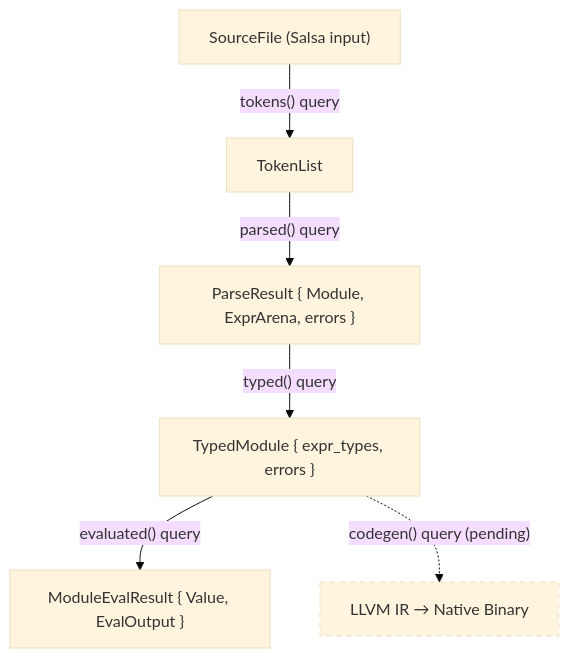
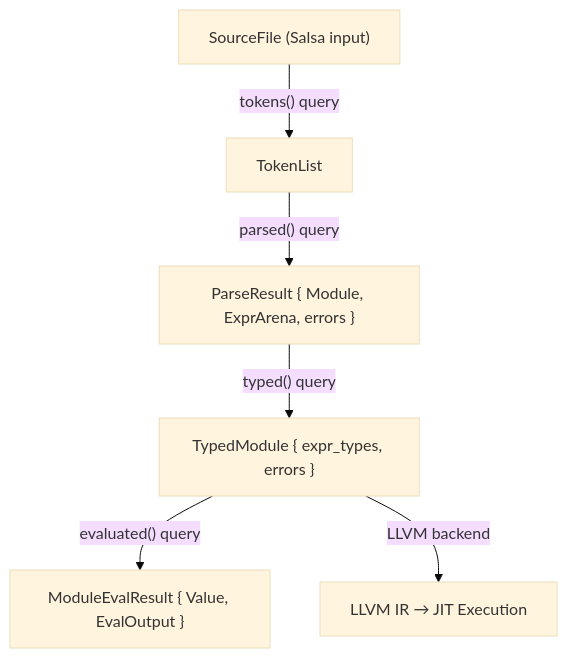
One commit to upstat-io/ori-lang changed the diagram in docs/compiler/design/index.md. Above: the diagram before and after it, drawn with Mermaid (base theme). The commit also changed other lines of this file and 80 other files, not shown here.

First line of the commit message:
Add runtime and type conversion tests, implement backend traits, and set up LLVM Docker environment

````diff
--- a/docs/compiler/design/index.md
+++ b/docs/compiler/design/index.md
@@ -60,9 +60,8 @@
 ```mermaid
 flowchart TB
     A["SourceFile (Salsa input)"] -->|"tokens() query"| B["TokenList"]
     B -->|"parsed() query"| C["ParseResult { Module, ExprArena, errors }"]
     C -->|"typed() query"| D["TypedModule { expr_types, errors }"]
     D -->|"evaluated() query"| E["ModuleEvalResult { Value, EvalOutput }"]
-    D -.->|"codegen() query (pending)"| F["LLVM IR → Native Binary"]
-    style F stroke-dasharray: 5 5
+    D -->|"LLVM backend"| F["LLVM IR → JIT Execution"]
 ```
````
